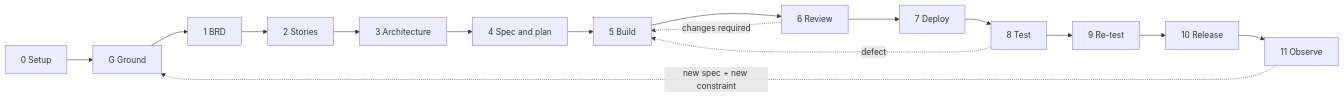
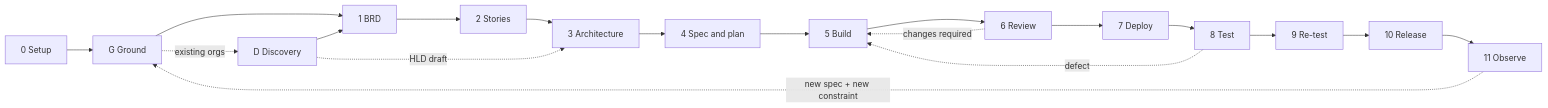
One commit to nagarroARBsf/Sf-skills-agents changed the diagram in README.md. Above: the diagram before and after it, drawn with Mermaid. The commit also changed other lines of this file and 52 other files, not shown here.

First line of the commit message:
sf-sdlc 3.1.0: Discovery & Design agent for existing orgs

````diff
--- a/README.md
+++ b/README.md
@@ -201,9 +220,11 @@
 ```mermaid
 flowchart LR
     S["0 Setup"] --> G["G Ground"] --> B["1 BRD"] --> J["2 Stories"] --> A["3 Architecture"]
+    G -. "existing orgs" .-> X["D Discovery"] --> B
+    X -. "HLD draft" .-> A
     A --> P["4 Spec and plan"] --> D["5 Build"] --> R["6 Review"]
     R --> V["7 Deploy"] --> Q["8 Test"] --> T["9 Re-test"] --> L["10 Release"] --> O["11 Observe"]
     Q -. "defect" .-> D
     R -. "changes required" .-> D
     O -. "new spec + new constraint" .-> G
 ```
````
